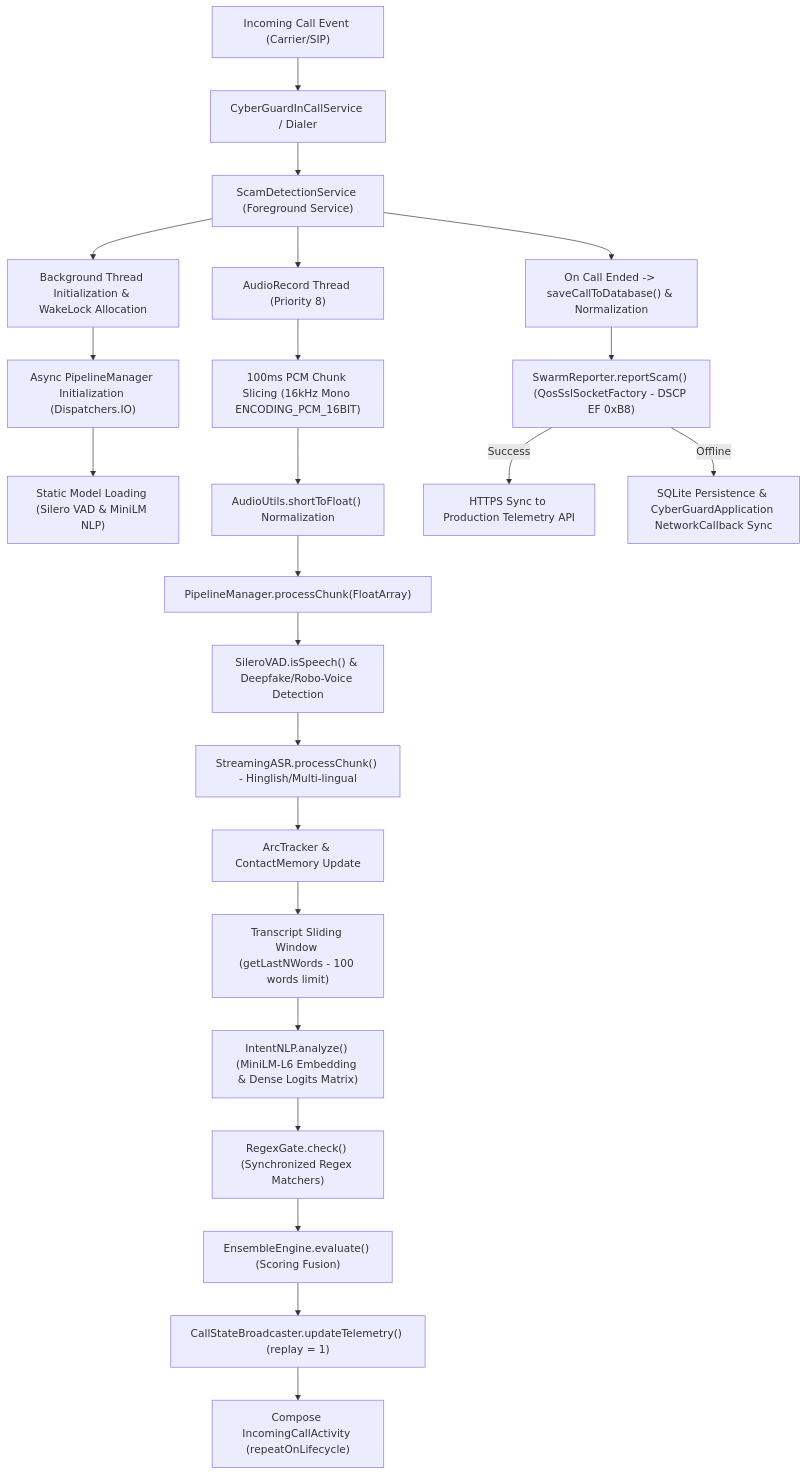
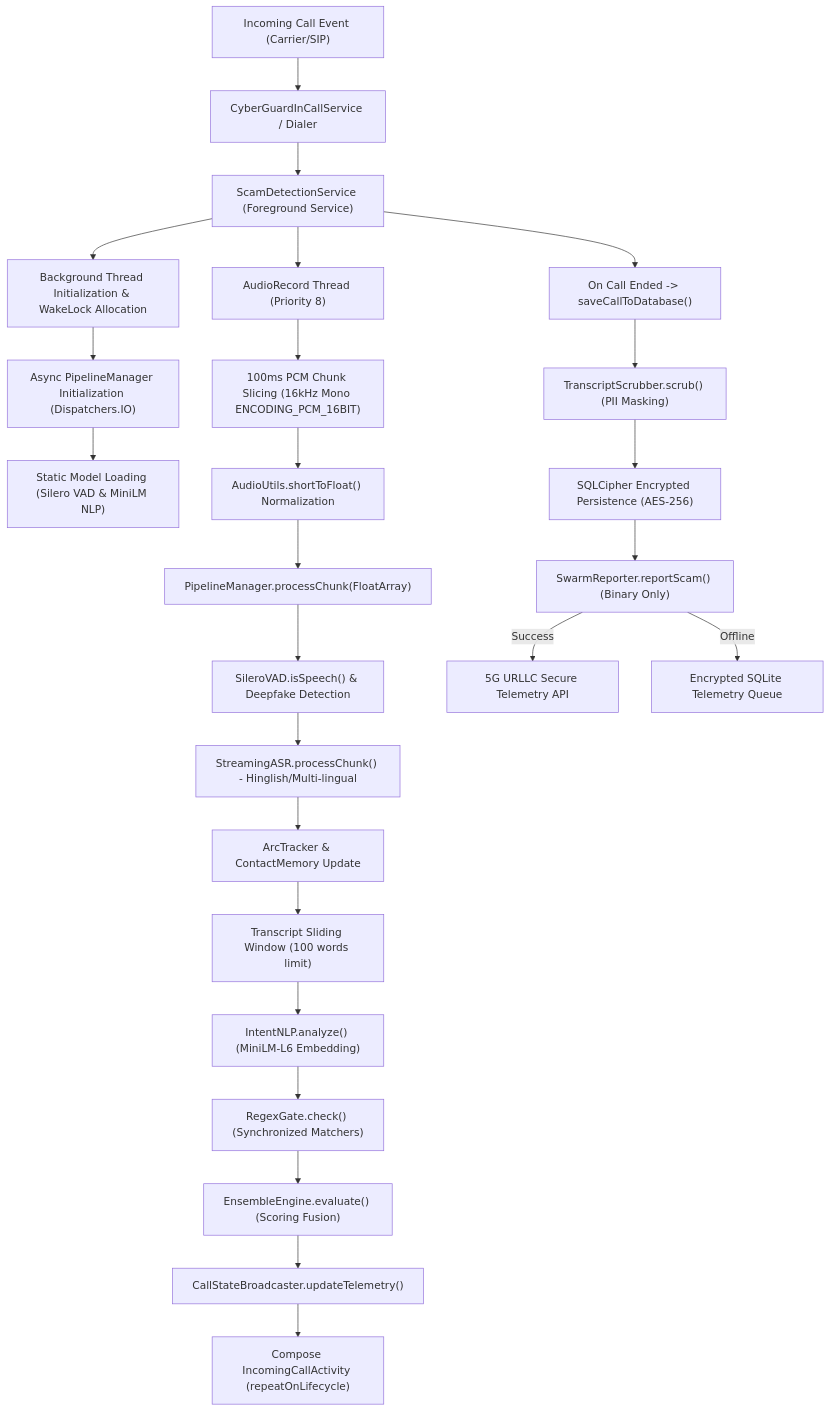
Before and after one commit to Dilipsahu01/CyberGuard_AI_Application: the diagram in docs/architecture/High_Level_System_Workflow.md, drawn with Mermaid. The commit also changed other lines of this file and 77 other files, not shown here.

````diff
--- a/docs/architecture/High_Level_System_Workflow.md
+++ b/docs/architecture/High_Level_System_Workflow.md
@@ -9,25 +9,27 @@
 ```mermaid
 graph TD
     A["Incoming Call Event (Carrier/SIP)"] --> B["CyberGuardInCallService / Dialer"]
     B --> C["ScamDetectionService (Foreground Service)"]
     C --> D["Background Thread Initialization & WakeLock Allocation"]
     D --> E["Async PipelineManager Initialization (Dispatchers.IO)"]
     E --> F["Static Model Loading (Silero VAD & MiniLM NLP)"]
     C --> G["AudioRecord Thread (Priority 8)"]
     G --> H["100ms PCM Chunk Slicing (16kHz Mono ENCODING_PCM_16BIT)"]
     H --> I["AudioUtils.shortToFloat() Normalization"]
     I --> J["PipelineManager.processChunk(FloatArray)"]
-    J --> K["SileroVAD.isSpeech() & Deepfake/Robo-Voice Detection"]
+    J --> K["SileroVAD.isSpeech() & Deepfake Detection"]
     K --> L["StreamingASR.processChunk() - Hinglish/Multi-lingual"]
     L --> M["ArcTracker & ContactMemory Update"]
-    M --> N["Transcript Sliding Window (getLastNWords - 100 words limit)"]
-    N --> O["IntentNLP.analyze() (MiniLM-L6 Embedding & Dense Logits Matrix)"]
-    O --> P["RegexGate.check() (Synchronized Regex Matchers)"]
+    M --> N["Transcript Sliding Window (100 words limit)"]
+    N --> O["IntentNLP.analyze() (MiniLM-L6 Embedding)"]
+    O --> P["RegexGate.check() (Synchronized Matchers)"]
     P --> Q["EnsembleEngine.evaluate() (Scoring Fusion)"]
-    Q --> R["CallStateBroadcaster.updateTelemetry() (replay = 1)"]
+    Q --> R["CallStateBroadcaster.updateTelemetry()"]
     R --> S["Compose IncomingCallActivity (repeatOnLifecycle)"]
-    C --> T["On Call Ended -> saveCallToDatabase() & Normalization"]
-    T --> U["SwarmReporter.reportScam() (QosSslSocketFactory - DSCP EF 0xB8)"]
-    U -- "Success" --> V["HTTPS Sync to Production Telemetry API"]
-    U -- "Offline" --> W["SQLite Persistence & CyberGuardApplication NetworkCallback Sync"]
+    C --> T["On Call Ended -> saveCallToDatabase()"]
+    T --> TA["TranscriptScrubber.scrub() (PII Masking)"]
+    TA --> TB["SQLCipher Encrypted Persistence (AES-256)"]
+    TB --> U["SwarmReporter.reportScam() (Binary Only)"]
+    U -- "Success" --> V["5G URLLC Secure Telemetry API"]
+    U -- "Offline" --> W["Encrypted SQLite Telemetry Queue"]
 ```
````
